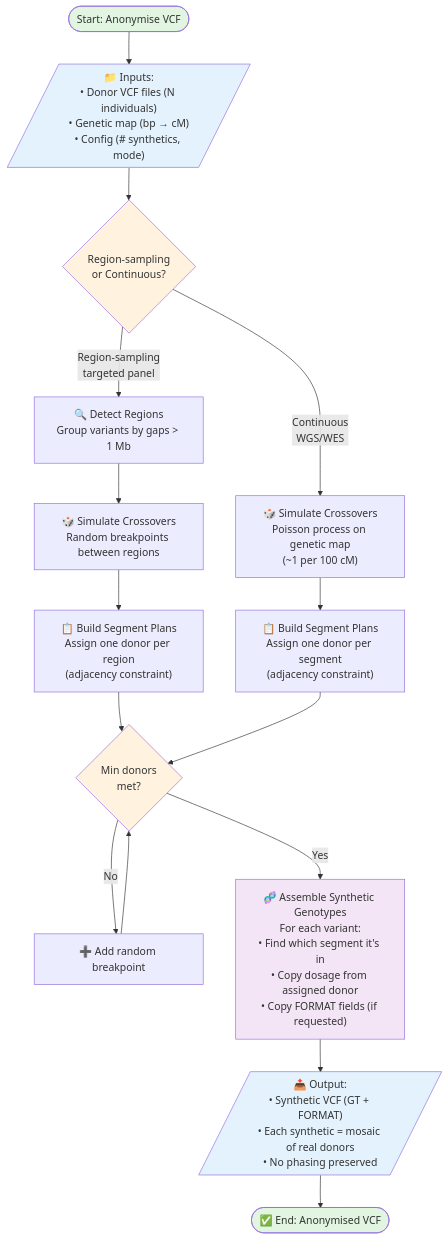
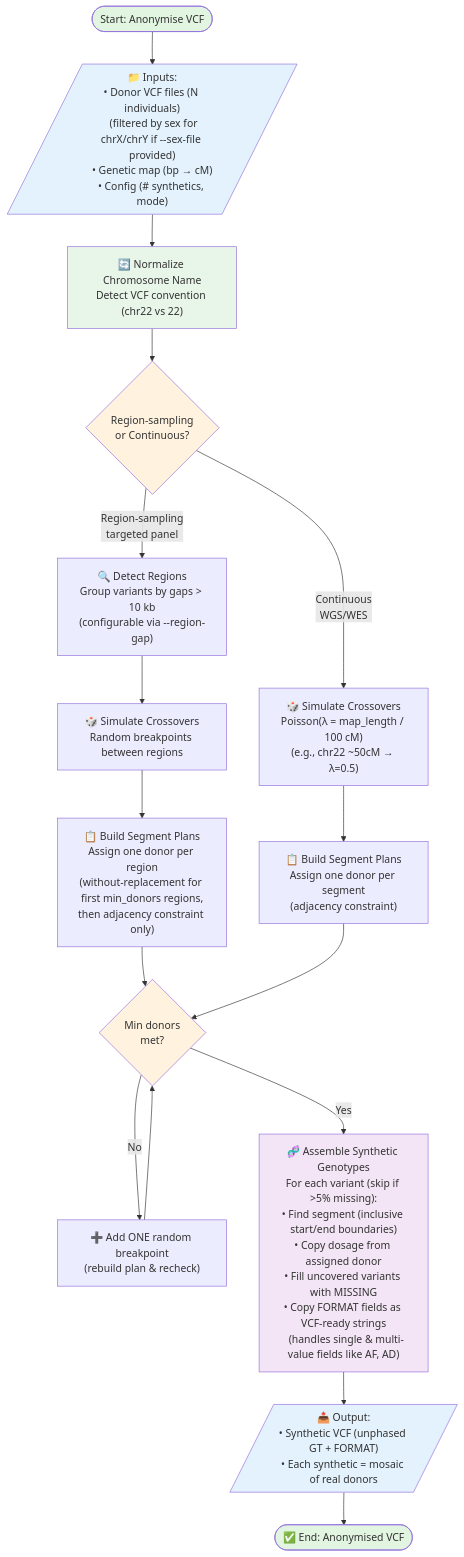
Before and after one commit to woook/shuffle: the diagram in ALGORITHM_FLOWCHART.md, drawn with Mermaid. The commit also changed other lines of this file, not shown here.

Commit message:
Fix flowchart inaccuracies identified in code review
Critical fixes:
- Correct region gap threshold: 1 Mb → 10 kb (actual default)
- Add chromosome name normalization step (resolve_chromosome_name)
- Document sex filtering for chrX/chrY donor pool reduction

Important improvements:
- Clarify Poisson rate: λ = map_length/100 cM (chr22 example: λ=0.5)
- Explain two-phase region sampling (without-replacement then adjacency)
- Clarify min_donors loop adds ONE breakpoint per iteration
- Expand FORMAT field handling (VCF-ready strings for AF, AD, etc.)
- Document missing rate filter (>5% skipped)
- Clarify segment boundaries (inclusive start/end, MISSING fill)
- Simplify Output node (remove redundant 'No phasing' - already in Key Concepts)

````diff
--- a/ALGORITHM_FLOWCHART.md
+++ b/ALGORITHM_FLOWCHART.md
@@ -5,36 +5,38 @@
 ```mermaid
 flowchart TD
-    Start([Start: Anonymise VCF]) --> Input[/"📁 Inputs:<br/>• Donor VCF files (N individuals)<br/>• Genetic map (bp → cM)<br/>• Config (# synthetics, mode)"/]
+    Start([Start: Anonymise VCF]) --> Input[/"📁 Inputs:<br/>• Donor VCF files (N individuals)<br/>  (filtered by sex for chrX/chrY if --sex-file provided)<br/>• Genetic map (bp → cM)<br/>• Config (# synthetics, mode)"/]
 
-    Input --> Mode{Region-sampling<br/>or Continuous?}
+    Input --> Normalize["🔄 Normalize Chromosome Name<br/>Detect VCF convention (chr22 vs 22)"]
+    Normalize --> Mode{Region-sampling<br/>or Continuous?}
 
     %% Region-sampling path (targeted panels)
-    Mode -->|Region-sampling<br/>targeted panel| DetectRegions["🔍 Detect Regions<br/>Group variants by gaps > 1 Mb"]
+    Mode -->|Region-sampling<br/>targeted panel| DetectRegions["🔍 Detect Regions<br/>Group variants by gaps > 10 kb<br/>(configurable via --region-gap)"]
     DetectRegions --> SimCrossRegion["🎲 Simulate Crossovers<br/>Random breakpoints between regions"]
-    SimCrossRegion --> BuildPlanRegion["📋 Build Segment Plans<br/>Assign one donor per region<br/>(adjacency constraint)"]
+    SimCrossRegion --> BuildPlanRegion["📋 Build Segment Plans<br/>Assign one donor per region<br/>(without-replacement for first min_donors regions,<br/>then adjacency constraint only)"]
 
     %% Continuous path (WGS/WES)
-    Mode -->|Continuous<br/>WGS/WES| SimCrossCont["🎲 Simulate Crossovers<br/>Poisson process on genetic map<br/>(~1 per 100 cM)"]
+    Mode -->|Continuous<br/>WGS/WES| SimCrossCont["🎲 Simulate Crossovers<br/>Poisson(λ = map_length / 100 cM)<br/>(e.g., chr22 ~50cM → λ=0.5)"]
     SimCrossCont --> BuildPlanCont["📋 Build Segment Plans<br/>Assign one donor per segment<br/>(adjacency constraint)"]
 
     %% Merge paths
     BuildPlanRegion --> MinDonors{Min donors<br/>met?}
     BuildPlanCont --> MinDonors
-    MinDonors -->|No| AddBreakpoint["➕ Add random breakpoint"]
+    MinDonors -->|No| AddBreakpoint["➕ Add ONE random breakpoint<br/>(rebuild plan & recheck)"]
     AddBreakpoint --> MinDonors
     MinDonors -->|Yes| Assemble
 
-    Assemble["🧬 Assemble Synthetic Genotypes<br/>For each variant:<br/>• Find which segment it's in<br/>• Copy dosage from assigned donor<br/>• Copy FORMAT fields (if requested)"]
+    Assemble["🧬 Assemble Synthetic Genotypes<br/>For each variant (skip if >5% missing):<br/>• Find segment (inclusive start/end boundaries)<br/>• Copy dosage from assigned donor<br/>• Fill uncovered variants with MISSING<br/>• Copy FORMAT fields as VCF-ready strings<br/>  (handles single & multi-value fields like AF, AD)"]
 
-    Assemble --> Output[/"📤 Output:<br/>• Synthetic VCF (GT + FORMAT)<br/>• Each synthetic = mosaic of real donors<br/>• No phasing preserved"/]
+    Assemble --> Output[/"📤 Output:<br/>• Synthetic VCF (unphased GT + FORMAT)<br/>• Each synthetic = mosaic of real donors"/]
 
     Output --> End([✅ End: Anonymised VCF])
 
     style Start fill:#e1f5e1
     style End fill:#e1f5e1
     style Input fill:#e3f2fd
     style Output fill:#e3f2fd
+    style Normalize fill:#e8f5e9
     style Mode fill:#fff3e0
     style MinDonors fill:#fff3e0
     style Assemble fill:#f3e5f5
 ```
````
